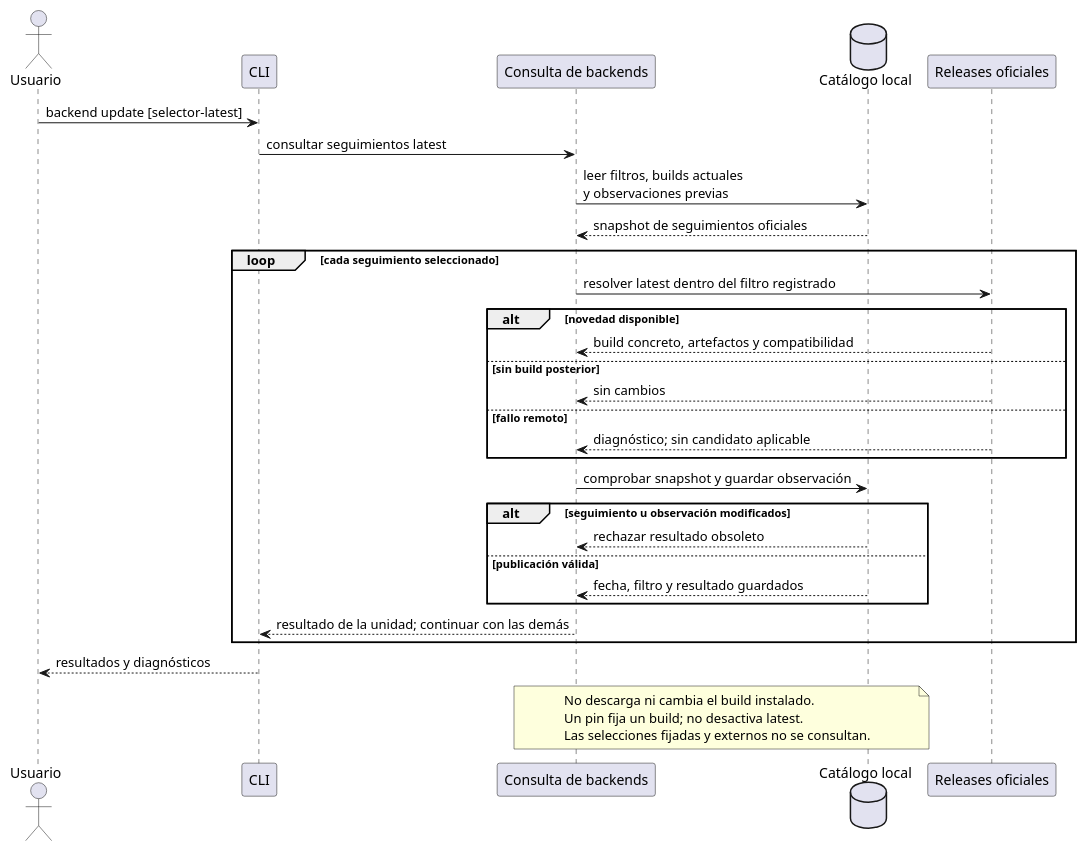
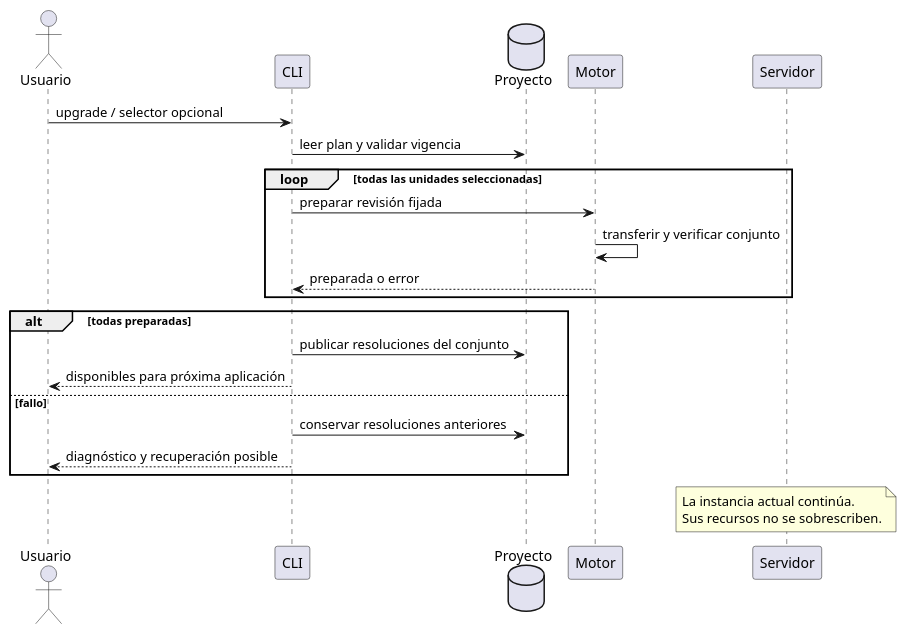
One commit to mstranich/coquena changed the second of 5 diagrams in docs/secuencias.md. Above: the diagram before and after it, drawn with PlantUML. The commit also changed other lines of this file and 60 other files, not shown here.

````diff
--- a/docs/secuencias.md
+++ b/docs/secuencias.md
@@ -508,36 +51,27 @@
 ```plantuml
 @startuml
-actor Usuario as U
+actor Usuario
 participant CLI
-participant "Consulta de backends" as UP
-database "Catálogo local" as C
-participant "Releases oficiales" as R
-U -> CLI : backend update [selector-latest]
-CLI -> UP : consultar seguimientos latest
-UP -> C : leer filtros, builds actuales\ny observaciones previas
-C --> UP : snapshot de seguimientos oficiales
-loop cada seguimiento seleccionado
-  UP -> R : resolver latest dentro del filtro registrado
-  alt novedad disponible
-    R --> UP : build concreto, artefactos y compatibilidad
-  else sin build posterior
-    R --> UP : sin cambios
-  else fallo remoto
-    R --> UP : diagnóstico; sin candidato aplicable
-  end
-  UP -> C : comprobar snapshot y guardar observación
-  alt seguimiento u observación modificados
-    C --> UP : rechazar resultado obsoleto
-  else publicación válida
-    C --> UP : fecha, filtro y resultado guardados
-  end
-  UP --> CLI : resultado de la unidad; continuar con las demás
+database Proyecto
+participant Motor
+participant Servidor
+Usuario -> CLI : upgrade / selector opcional
+CLI -> Proyecto : leer plan y validar vigencia
+loop todas las unidades seleccionadas
+CLI -> Motor : preparar revisión fijada
+Motor -> Motor : transferir y verificar conjunto
+Motor --> CLI : preparada o error
 end
-CLI --> U : resultados y diagnósticos
-note over UP,C
-  No descarga ni cambia el build instalado.
-  Un pin fija un build; no desactiva latest.
-  Las selecciones fijadas y externos no se consultan.
+alt todas preparadas
+CLI -> Proyecto : publicar resoluciones del conjunto
+CLI --> Usuario : disponibles para próxima aplicación
+else fallo
+CLI -> Proyecto : conservar resoluciones anteriores
+CLI --> Usuario : diagnóstico y recuperación posible
+end
+note over Servidor
+La instancia actual continúa.
+Sus recursos no se sobrescriben.
 end note
 @enduml
 ```
````
